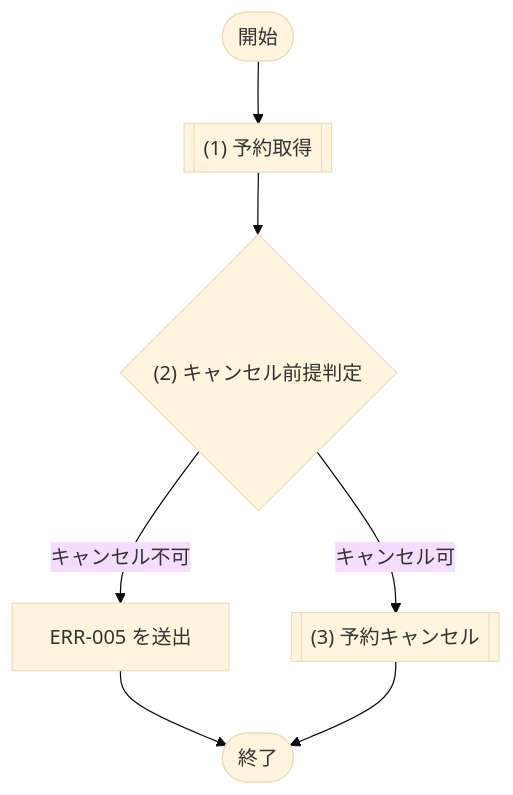
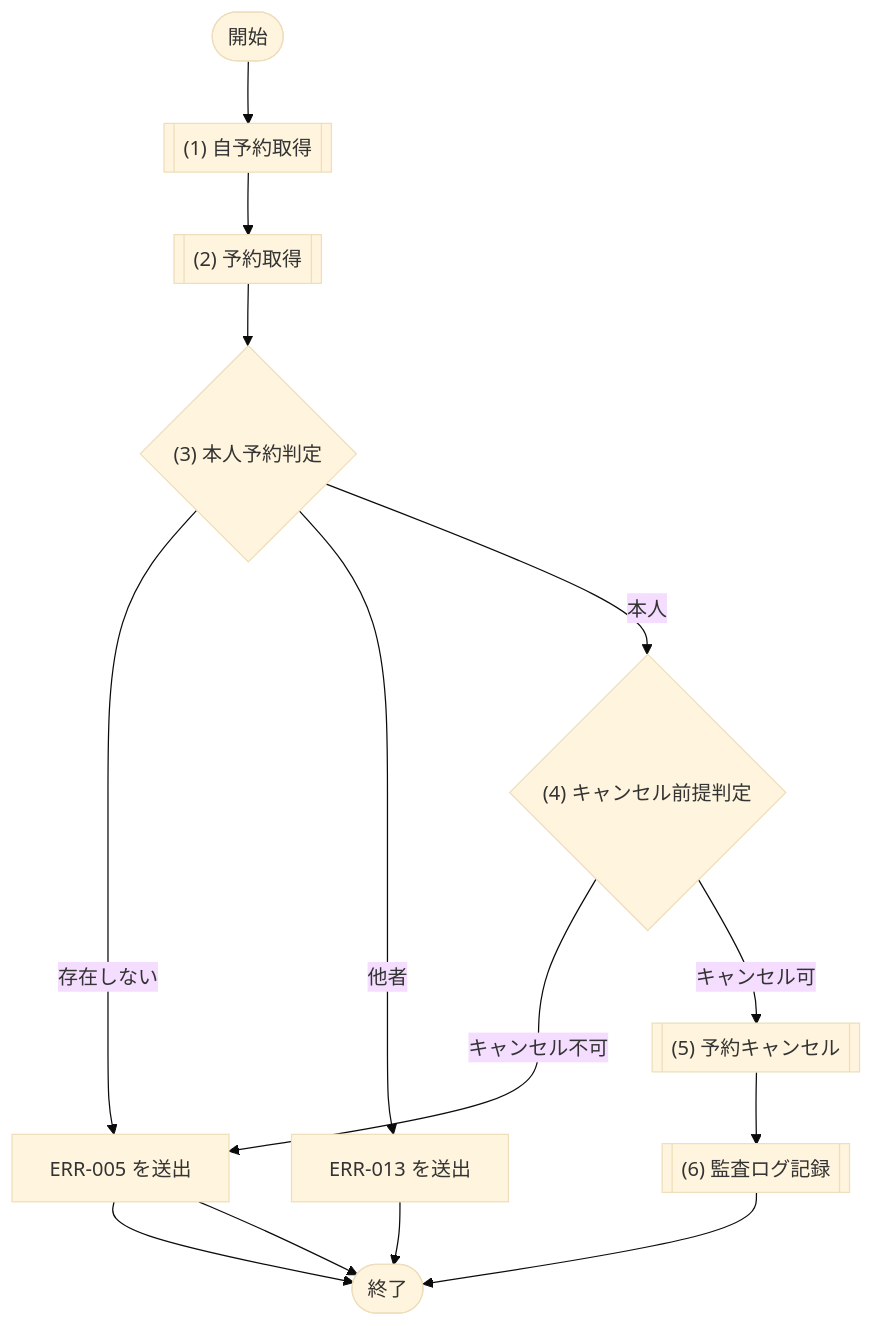
The fourth of 6 diagrams in docs/03_機能設計/06_モジュール設計/MOD-003_予約サービス.md (sikakou54/system-document-template), drawn with Mermaid (base theme) before and after one commit. The commit also changed other lines of this file and 136 other files, not shown here.

````diff
--- a/docs/03_機能設計/06_モジュール設計/MOD-003_予約サービス.md
+++ b/docs/03_機能設計/06_モジュール設計/MOD-003_予約サービス.md
@@ -591,13 +685,20 @@
 ```mermaid
 flowchart TD
   Start([開始])
-  P1[["(1) 予約取得"]]
-  D1{"(2) キャンセル前提判定"}
-  P2[["(3) 予約キャンセル"]]
+  P1[["(1) 自予約取得"]]
+  P2[["(2) 予約取得"]]
+  D1{"(3) 本人予約判定"}
+  D2{"(4) キャンセル前提判定"}
+  P3[["(5) 予約キャンセル"]]
+  P4[["(6) 監査ログ記録"]]
   E1["ERR-005 を送出"]
+  E2["ERR-013 を送出"]
   End([終了])
 
-  Start --> P1 --> D1
-  D1 -- "キャンセル不可" --> E1 --> End
-  D1 -- "キャンセル可" --> P2 --> End
+  Start --> P1 --> P2 --> D1
+  D1 -- "存在しない" --> E1 --> End
+  D1 -- "他者" --> E2 --> End
+  D1 -- "本人" --> D2
+  D2 -- "キャンセル不可" --> E1 --> End
+  D2 -- "キャンセル可" --> P3 --> P4 --> End
 ```
````
